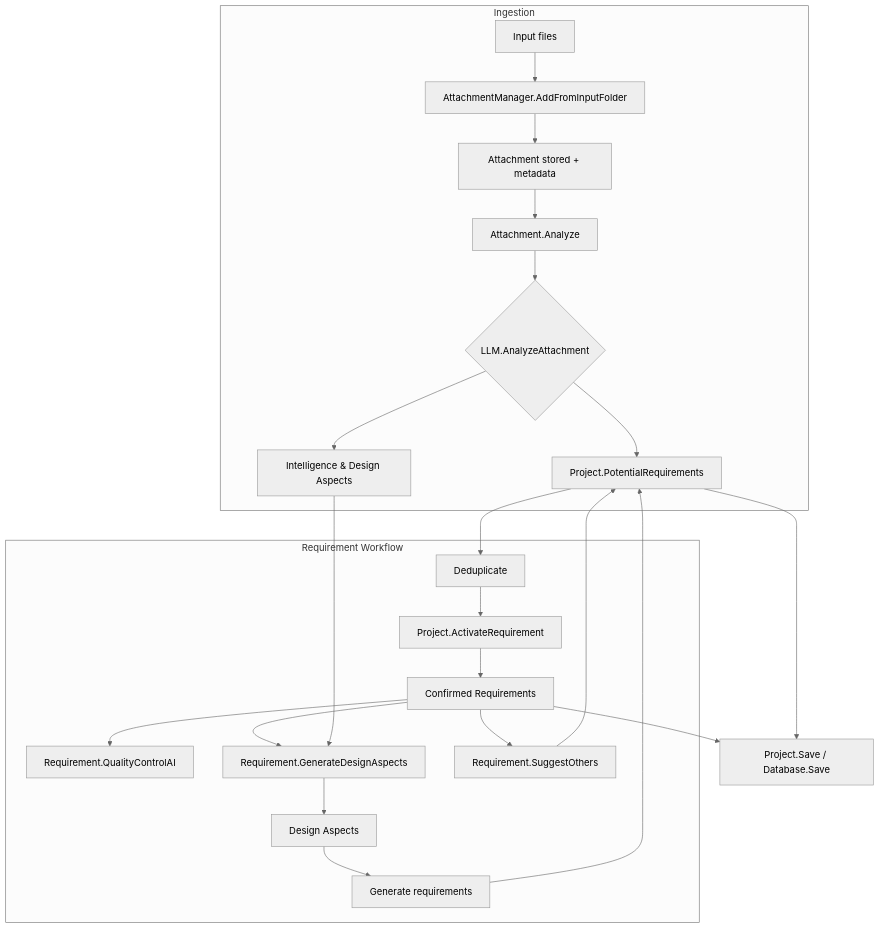
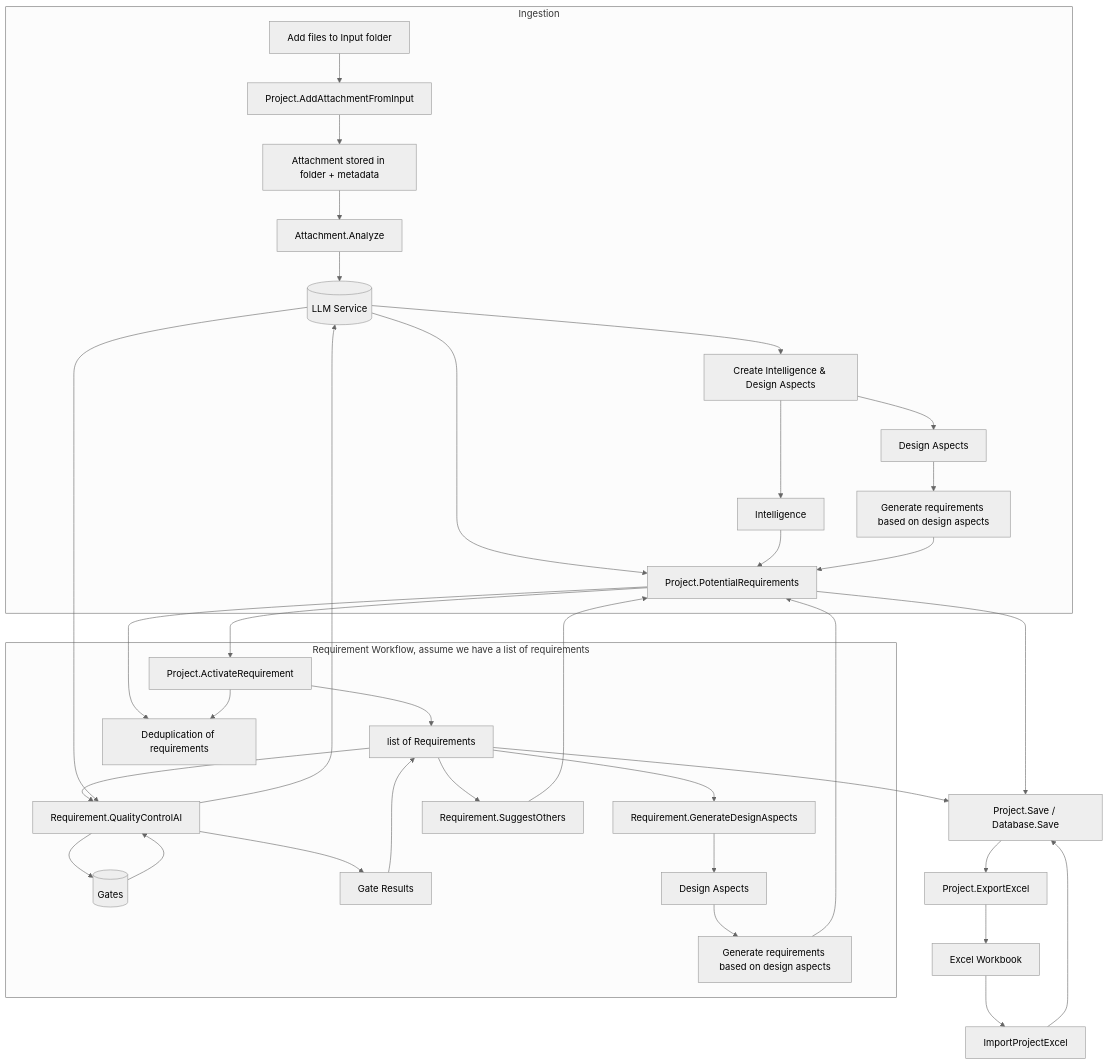
One commit to rjboer/PMFS changed the diagram in docs/architecture.md. Above: the diagram before and after it, drawn with Mermaid (neutral theme).

````diff
--- a/docs/architecture.md
+++ b/docs/architecture.md
@@ -3,30 +3,58 @@
 ```mermaid
+
 flowchart TD
-    %% --- Attachment ingestion ---
-    subgraph Ingestion
-        A[Input files] --> B[AttachmentManager.AddFromInputFolder]
-        B --> C[Attachment stored + metadata]
-        C --> D[Attachment.Analyze]
-        D --> E{LLM.AnalyzeAttachment}
-        E --> F[Project.PotentialRequirements]
-        E --> G[Intelligence & Design Aspects]
-    end
 
-    %% --- Requirement lifecycle ---
-    subgraph "Requirement Workflow"
-        F --> H[Deduplicate]
-        H --> I[Project.ActivateRequirement]
-        I --> J[Confirmed Requirements]
-        J --> K[Requirement.QualityControlAI]
-        J --> L[Requirement.GenerateDesignAspects]
-        L --> M[Design Aspects]
-        G --> L
-        M --> N[Generate requirements]
-        N --> F
-        J --> O[Requirement.SuggestOthers]
-        O --> F
-    end
+  LLM[(LLM Service)]
+  GATE[(Gates)]
 
-    %% --- Persistence ---
-    F & J --> P[Project.Save / Database.Save]
+  %% --- Attachment ingestion ---
+  subgraph Ingestion
+
+
+    A[Add files to Input folder]
+    A --> C[Project.AddAttachmentFromInput]
+    C --> D[Attachment stored in folder + metadata]
+    D --> E[Attachment.Analyze]
+    E --> LLM
+    LLM --> X1[Create Intelligence & Design Aspects]
+    X1 --> X2[Intelligence]
+    X1 --> X3[Design Aspects]
+    LLM --> G[Project.PotentialRequirements]
+    X2 --> G
+    X3 --> X4[Generate requirements based on design aspects]
+    X4 --> G
+  end
+
+  %% --- Requirement lifecycle ---
+  subgraph "Requirement Workflow, assume we have a list of requirements"
+    G --> H[Project.ActivateRequirement]
+    H --> I[list of Requirements]
+    I --> J[Requirement.QualityControlAI]
+    J --> LLM
+    J --> GATE
+    LLM --> J
+    GATE --> J
+    J --> K[Gate Results]
+    K --> I
+    I --> L[Requirement.GenerateDesignAspects]
+    L --> N[Design Aspects]
+    N --> O[Generate requirements based on design aspects]
+    O --> G
+    I --> M[Requirement.SuggestOthers]
+    M --> G
+    G --> P[Deduplication of requirements]
+    H --> P
+
+  end
+
+  %% --- Persistence ---
+  G --> Q[Project.Save / Database.Save]
+  I --> Q
+
+  %% --- Excel Import/Export ---
+  Q --> R[Project.ExportExcel]
+  R --> S[Excel Workbook]
+  S --> T[ImportProjectExcel]
+  T --> Q
+
 ```
````
